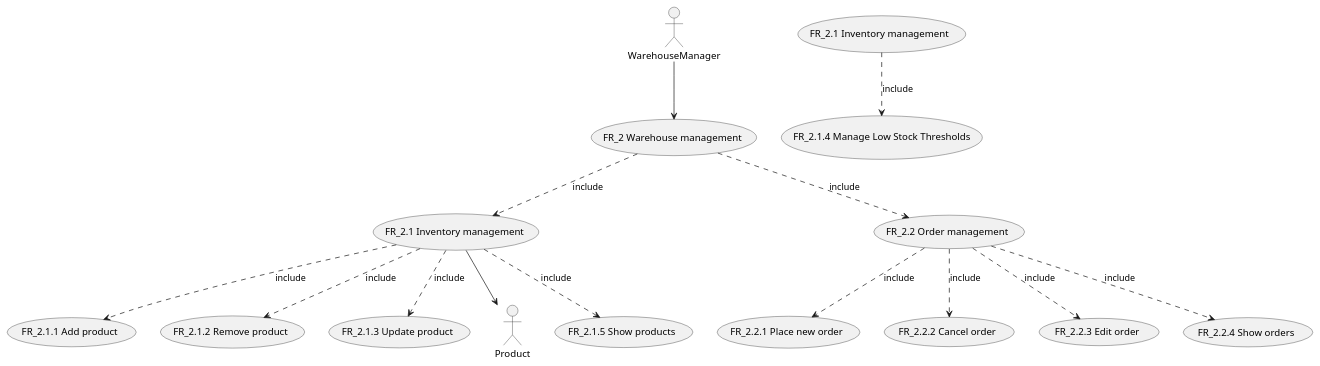
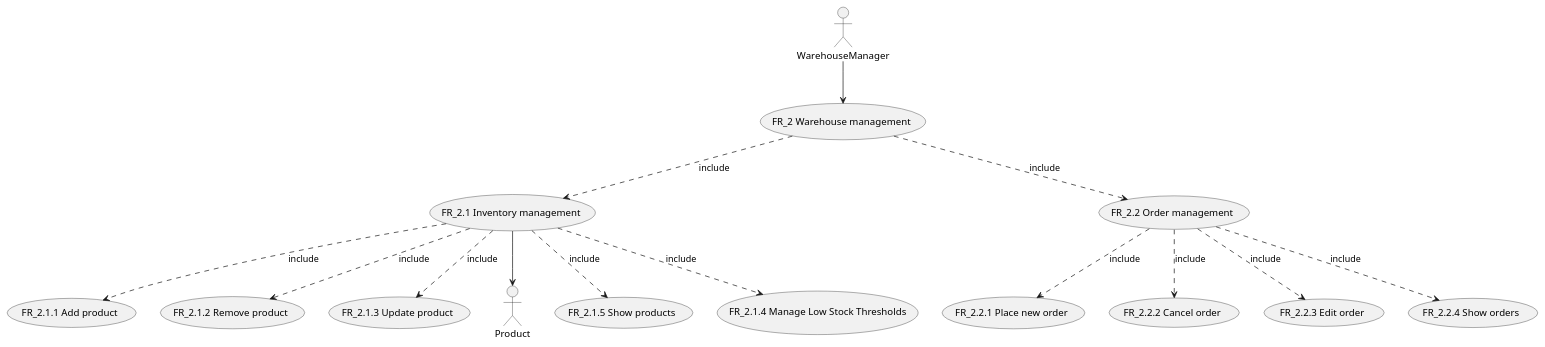
Before and after one commit to Stormz4/group20-EzShop: the fourth of 11 diagrams in Deliverables/RequirementsDocument.md, drawn with PlantUML.

Commit message:
Doc: Fixed typo

````diff
--- a/Deliverables/RequirementsDocument.md
+++ b/Deliverables/RequirementsDocument.md
@@ -269,28 +269,28 @@
 ```plantuml
 @startuml
 :WarehouseManager:     --> (FR_2 Warehouse management)
 (FR_2 Warehouse management) ..> (FR_2.1 Inventory management) : include
 (FR_2 Warehouse management) ..> (FR_2.2 Order management) : include
 (FR_2.1 Inventory management) ..> (FR_2.1.1 Add product) : include
 (FR_2.1 Inventory management) ..> (FR_2.1.2 Remove product) : include
 (FR_2.1 Inventory management) ..> (FR_2.1.3 Update product) : include
 (FR_2.1 Inventory management) --> :Product: 
 ' (Update product)       ..> (Stock level) : include
 ' (Update product)       ..> (Purchase price) : include
 ' (Update product)       ..> (Description) : include
 (FR_2.1 Inventory management) ..> (FR_2.1.5 Show products) : include
 ' (Filter products)      ..> (Name) : by
 ' (Filter products)      ..> (Supplier) : by
 ' (Filter products)      ..> (Brand) : by
 ' (Filter products)      ..> (Price) : by
-(FR_2.1 Inventory management ) ..> (FR_2.1.4 Manage Low Stock Thresholds) : include
+(FR_2.1 Inventory management) ..> (FR_2.1.4 Manage Low Stock Thresholds) : include
 (FR_2.2 Order management)     ..> (FR_2.2.1 Place new order) : include
 (FR_2.2 Order management)     ..> (FR_2.2.2 Cancel order) : include
 (FR_2.2 Order management)     ..> (FR_2.2.3 Edit order) : include
 (FR_2.2 Order management)     ..> (FR_2.2.4 Show orders) : include
 ' (Filter orders)        ..> (Date) : by
 ' (Filter orders)        ..> (Supplier) : by
 ' (Filter orders)        ..> (Amount) : by
 
 @enduml
 ```
````
